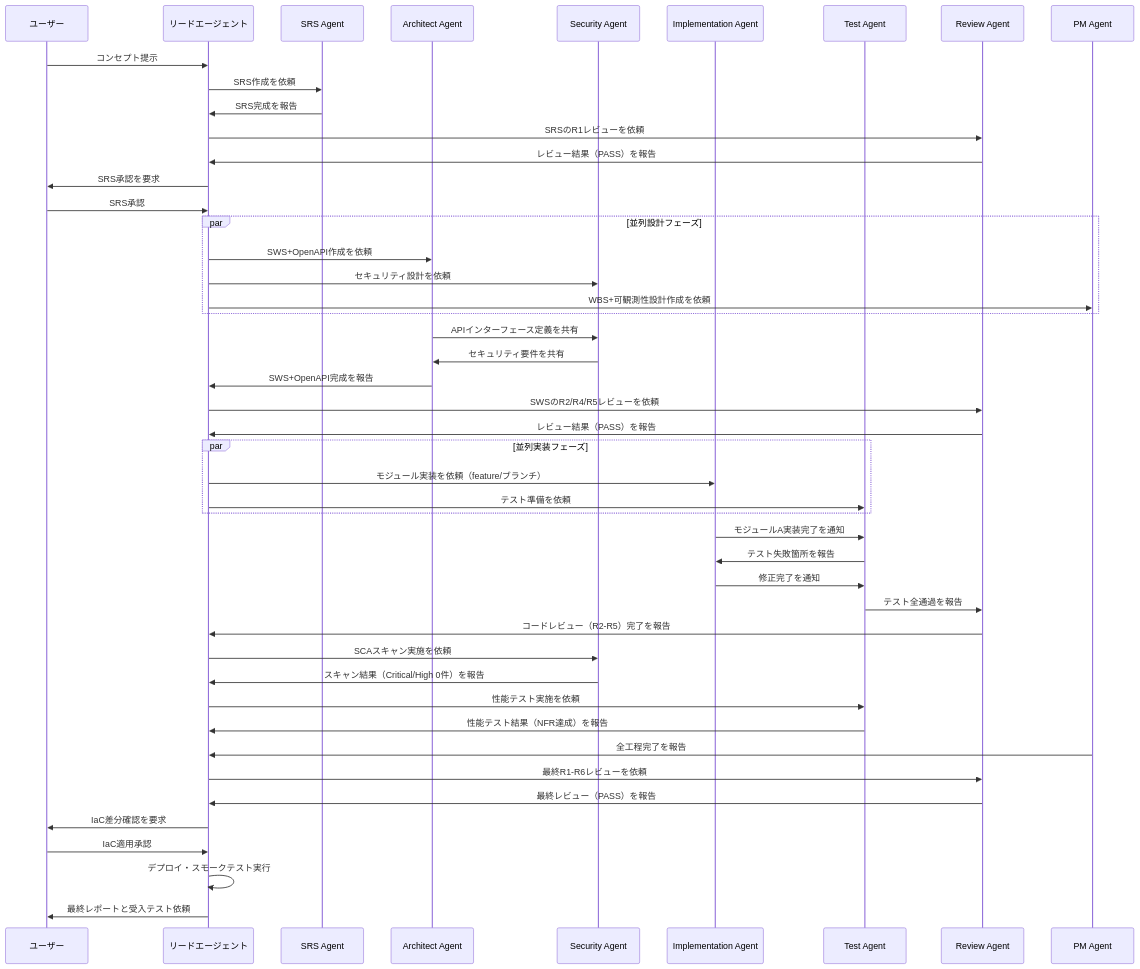
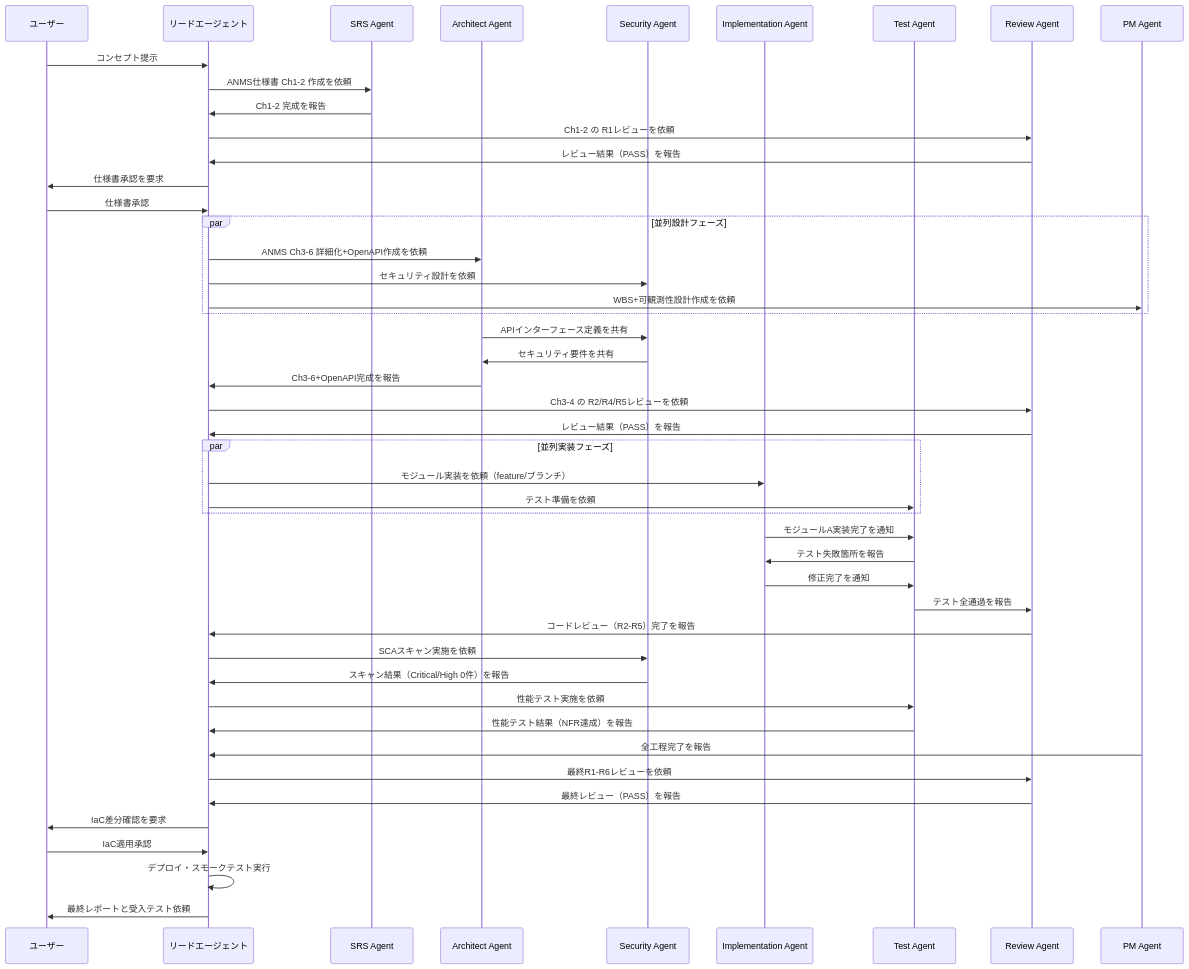
One commit to GoodRelax/claude-code-full-auto-dev changed diagram 11 of 11 in claude-code-full-auto-dev-manual.md. Above: the diagram before and after it, drawn with Mermaid. The commit also changed other lines of this file and 29 other files, not shown here.

````diff
--- a/claude-code-full-auto-dev-manual.md
+++ b/claude-code-full-auto-dev-manual.md
@@ -2493,54 +2478,54 @@
 ```mermaid
 sequenceDiagram
     participant User as ユーザー
     participant Lead as リードエージェント
     participant SRS as SRS Agent
     participant Arch as Architect Agent
     participant Sec as Security Agent
     participant Impl as Implementation Agent
     participant Test as Test Agent
     participant Review as Review Agent
     participant PM as PM Agent
 
     User->>Lead: コンセプト提示
-    Lead->>SRS: SRS作成を依頼
-    SRS->>Lead: SRS完成を報告
-    Lead->>Review: SRSのR1レビューを依頼
+    Lead->>SRS: ANMS仕様書 Ch1-2 作成を依頼
+    SRS->>Lead: Ch1-2 完成を報告
+    Lead->>Review: Ch1-2 の R1レビューを依頼
     Review->>Lead: レビュー結果（PASS）を報告
-    Lead->>User: SRS承認を要求
-    User->>Lead: SRS承認
+    Lead->>User: 仕様書承認を要求
+    User->>Lead: 仕様書承認
 
     par 並列設計フェーズ
-        Lead->>Arch: SWS+OpenAPI作成を依頼
+        Lead->>Arch: ANMS Ch3-6 詳細化+OpenAPI作成を依頼
         Lead->>Sec: セキュリティ設計を依頼
         Lead->>PM: WBS+可観測性設計作成を依頼
     end
 
     Arch->>Sec: APIインターフェース定義を共有
     Sec->>Arch: セキュリティ要件を共有
-    Arch->>Lead: SWS+OpenAPI完成を報告
-    Lead->>Review: SWSのR2/R4/R5レビューを依頼
+    Arch->>Lead: Ch3-6+OpenAPI完成を報告
+    Lead->>Review: Ch3-4 の R2/R4/R5レビューを依頼
     Review->>Lead: レビュー結果（PASS）を報告
 
     par 並列実装フェーズ
         Lead->>Impl: モジュール実装を依頼（feature/ブランチ）
         Lead->>Test: テスト準備を依頼
     end
 
     Impl->>Test: モジュールA実装完了を通知
     Test->>Impl: テスト失敗箇所を報告
     Impl->>Test: 修正完了を通知
     Test->>Review: テスト全通過を報告
     Review->>Lead: コードレビュー（R2-R5）完了を報告
     Lead->>Sec: SCAスキャン実施を依頼
     Sec->>Lead: スキャン結果（Critical/High 0件）を報告
     Lead->>Test: 性能テスト実施を依頼
     Test->>Lead: 性能テスト結果（NFR達成）を報告
     PM->>Lead: 全工程完了を報告
     Lead->>Review: 最終R1-R6レビューを依頼
     Review->>Lead: 最終レビュー（PASS）を報告
     Lead->>User: IaC差分確認を要求
     User->>Lead: IaC適用承認
     Lead->>Lead: デプロイ・スモークテスト実行
     Lead->>User: 最終レポートと受入テスト依頼
 ```
````
